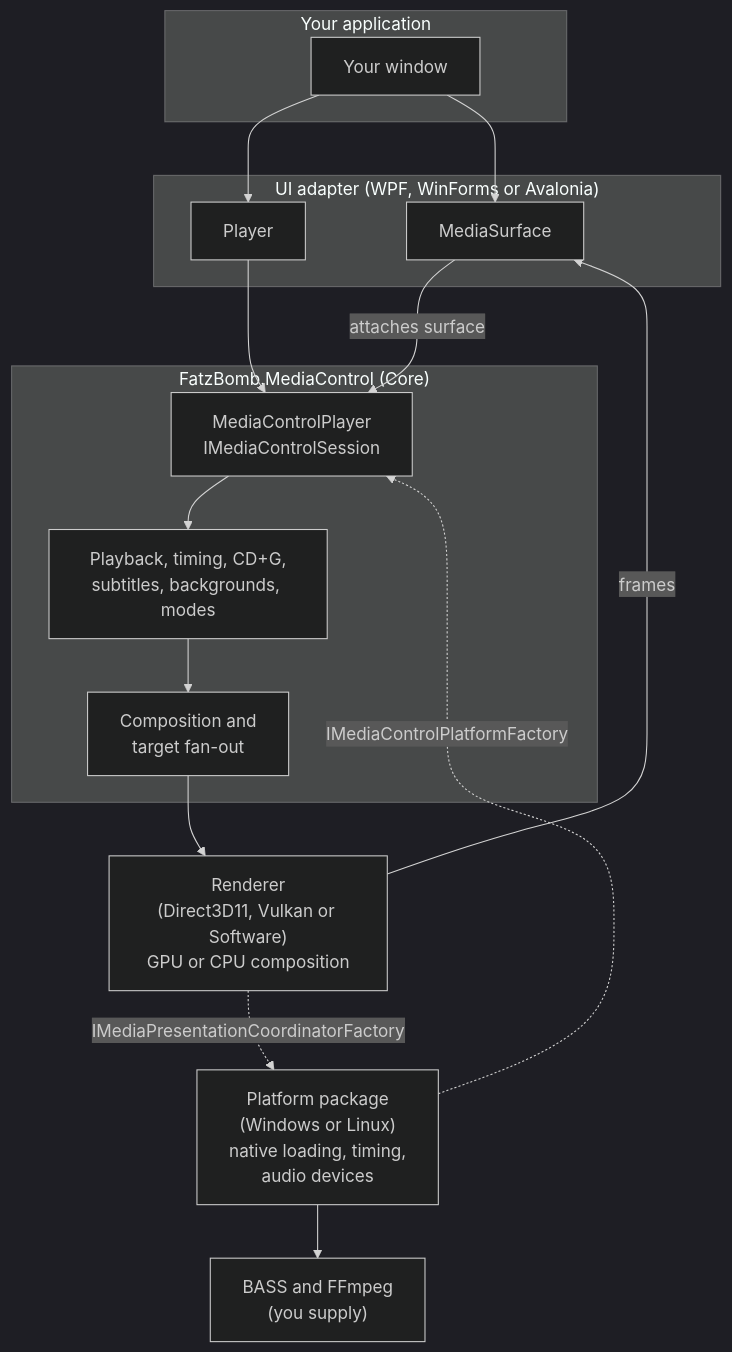
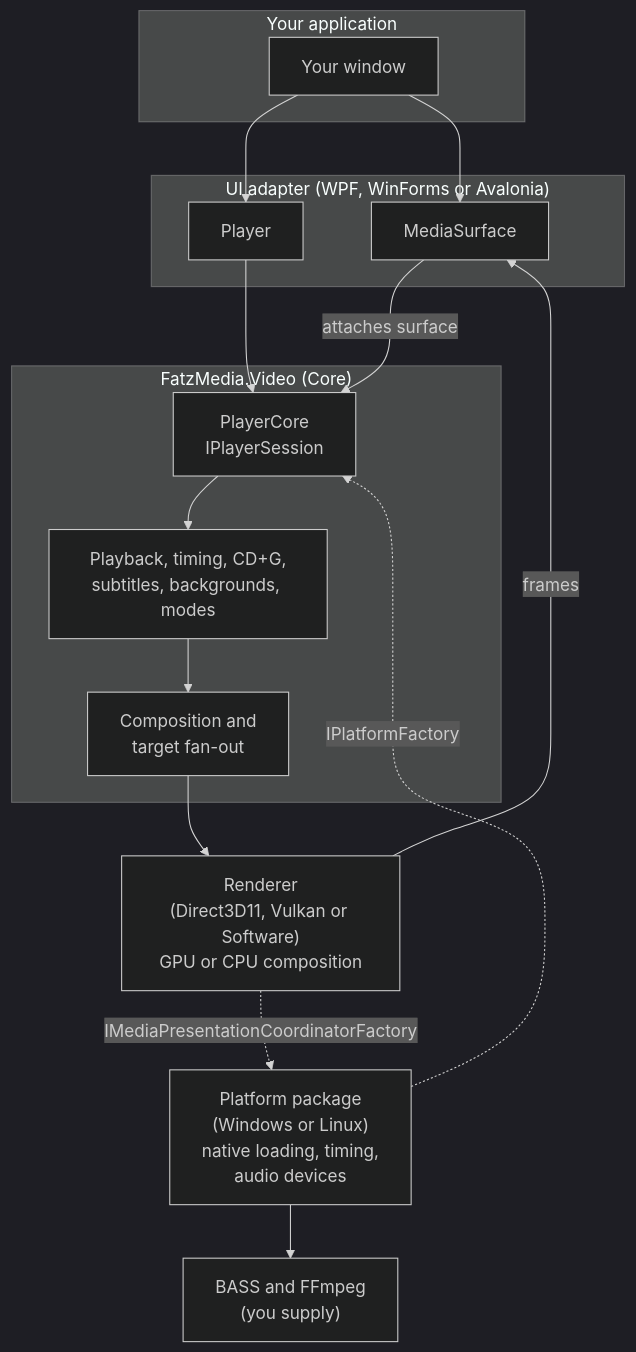
The diagram in Video/docs/site/articles/concepts/architecture.md (FatzBomb/FatzMedia), drawn with Mermaid (dark theme) before and after one commit. The commit also changed other lines of this file and 1791 other files, not shown here.

First line of the commit message:
Merge pull request #2 from FatzBomb/fatzmedia-rename

````diff
--- a/Video/docs/site/articles/concepts/architecture.md
+++ b/Video/docs/site/articles/concepts/architecture.md
@@ -5,32 +5,32 @@
 ```mermaid
 flowchart TB
     subgraph Host["Your application"]
         UI["Your window"]
     end
 
     subgraph Adapter["UI adapter (WPF, WinForms or Avalonia)"]
         Surface["MediaSurface"]
         AdapterPlayer["Player"]
     end
 
-    subgraph Core["FatzBomb.MediaControl (Core)"]
-        Player["MediaControlPlayer<br/>IMediaControlSession"]
+    subgraph Core["FatzMedia.Video (Core)"]
+        Player["PlayerCore<br/>IPlayerSession"]
         Engine["Playback, timing, CD+G,<br/>subtitles, backgrounds, modes"]
         Compose["Composition and<br/>target fan-out"]
     end
 
     Platform["Platform package<br/>(Windows or Linux)<br/>native loading, timing,<br/>audio devices"]
     Renderer["Renderer<br/>(Direct3D11, Vulkan or Software)<br/>GPU or CPU composition"]
     Native["BASS and FFmpeg<br/>(you supply)"]
 
     UI --> Surface
     UI --> AdapterPlayer
     AdapterPlayer --> Player
     Surface -- "attaches surface" --> Player
     Player --> Engine --> Compose
-    Platform -. "IMediaControlPlatformFactory" .-> Player
+    Platform -. "IPlatformFactory" .-> Player
     Renderer -. "IMediaPresentationCoordinatorFactory" .-> Platform
     Platform --> Native
     Compose --> Renderer
     Renderer -- "frames" --> Surface
 ```
````
